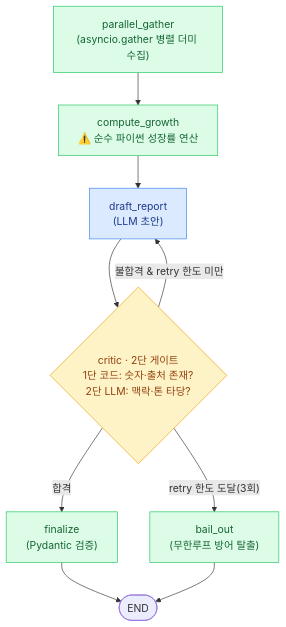
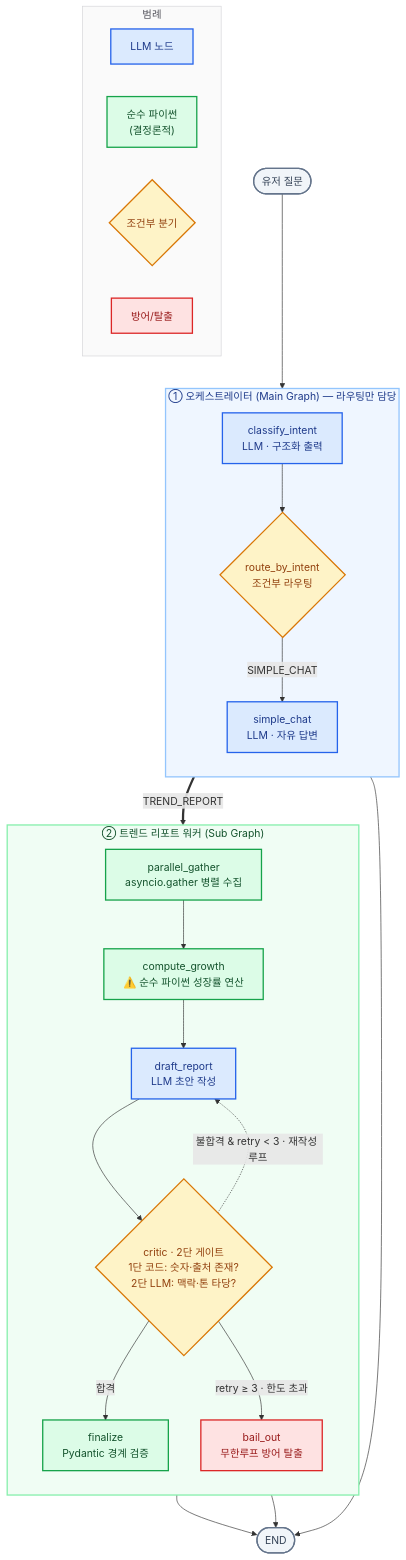
The diagram in README.md (kskt1234-netizen/AI-customer-support-trend-report-agent), drawn with Mermaid before and after one commit. The commit also changed other lines of this file, not shown here.

Commit message:
docs: 아키텍처 다이어그램 고급화 (subgraph 영역·색 구분·범례)
- 메인/워커를 하나의 통합 다이어그램으로, subgraph 영역 박스로 묶음
- 노드 성격을 색으로 구분: LLM(파랑)·순수코드(초록)·분기(노랑)·방어(빨강)
- 범례 추가, 라우팅(굵은 화살표)/자가수정 루프(점선) 시각 구분
- 깃헙 호환성을 위해 <small> 태그 제거, <br/>로 통일

````diff
--- a/README.md
+++ b/README.md
@@ -39,18 +19,52 @@
 ```mermaid
 flowchart TD
-    G["parallel_gather<br/>(asyncio.gather 병렬 더미 수집)"] --> CG["compute_growth<br/>⚠️ 순수 파이썬 성장률 연산"]
-    CG --> D["draft_report<br/>(LLM 초안)"]
-    D --> CR{"critic · 2단 게이트<br/>1단 코드: 숫자·출처 존재?<br/>2단 LLM: 맥락·톤 타당?"}
-    CR -->|"불합격 & retry 한도 미만"| D
-    CR -->|합격| F["finalize<br/>(Pydantic 검증)"]
-    CR -->|"retry 한도 도달(3회)"| B["bail_out<br/>(무한루프 방어 탈출)"]
-    F --> E([END])
+    U([유저 질문]):::io
+
+    subgraph MAIN["① 오케스트레이터 (Main Graph) — 라우팅만 담당"]
+        direction TB
+        C["classify_intent<br/>LLM · 구조화 출력"]:::llm
+        R{"route_by_intent<br/>조건부 라우팅"}:::branch
+        S["simple_chat<br/>LLM · 자유 답변"]:::llm
+        C --> R
+        R -->|SIMPLE_CHAT| S
+    end
+
+    subgraph WORKER["② 트렌드 리포트 워커 (Sub Graph)"]
+        direction TB
+        G["parallel_gather<br/>asyncio.gather 병렬 수집"]:::code
+        CG["compute_growth<br/>⚠️ 순수 파이썬 성장률 연산"]:::code
+        D["draft_report<br/>LLM 초안 작성"]:::llm
+        CR{"critic · 2단 게이트<br/>1단 코드: 숫자·출처 존재?<br/>2단 LLM: 맥락·톤 타당?"}:::branch
+        F["finalize<br/>Pydantic 경계 검증"]:::code
+        B["bail_out<br/>무한루프 방어 탈출"]:::guard
+        G --> CG --> D --> CR
+        CR -.->|"불합격 & retry < 3 · 재작성 루프"| D
+        CR -->|합격| F
+        CR -->|"retry ≥ 3 · 한도 초과"| B
+    end
+
+    U --> C
+    R ==>|TREND_REPORT| G
+    S --> E([END]):::io
+    F --> E
     B --> E
 
-    classDef llm fill:#dbeafe,stroke:#3b82f6,color:#1e3a8a;
-    classDef code fill:#dcfce7,stroke:#22c55e,color:#166534;
-    classDef branch fill:#fef3c7,stroke:#f59e0b,color:#92400e;
-    class D llm;
-    class G,CG,F,B code;
-    class CR branch;
+    %% ── 범례 ──
+    subgraph LEGEND["범례"]
+        direction LR
+        L1["LLM 노드"]:::llm
+        L2["순수 파이썬<br/>(결정론적)"]:::code
+        L3{"조건부 분기"}:::branch
+        L4["방어/탈출"]:::guard
+    end
+
+    classDef llm fill:#dbeafe,stroke:#2563eb,stroke-width:2px,color:#1e3a8a;
+    classDef code fill:#dcfce7,stroke:#16a34a,stroke-width:2px,color:#14532d;
+    classDef branch fill:#fef3c7,stroke:#d97706,stroke-width:2px,color:#92400e;
+    classDef guard fill:#fee2e2,stroke:#dc2626,stroke-width:2px,color:#991b1b;
+    classDef io fill:#f1f5f9,stroke:#64748b,stroke-width:2px,color:#334155;
+
+    style MAIN fill:#eff6ff,stroke:#93c5fd,stroke-width:2px,color:#1e3a8a;
+    style WORKER fill:#f0fdf4,stroke:#86efac,stroke-width:2px,color:#14532d;
+    style LEGEND fill:#fafafa,stroke:#d4d4d8,stroke-width:1px,color:#52525b;
 ```
````
